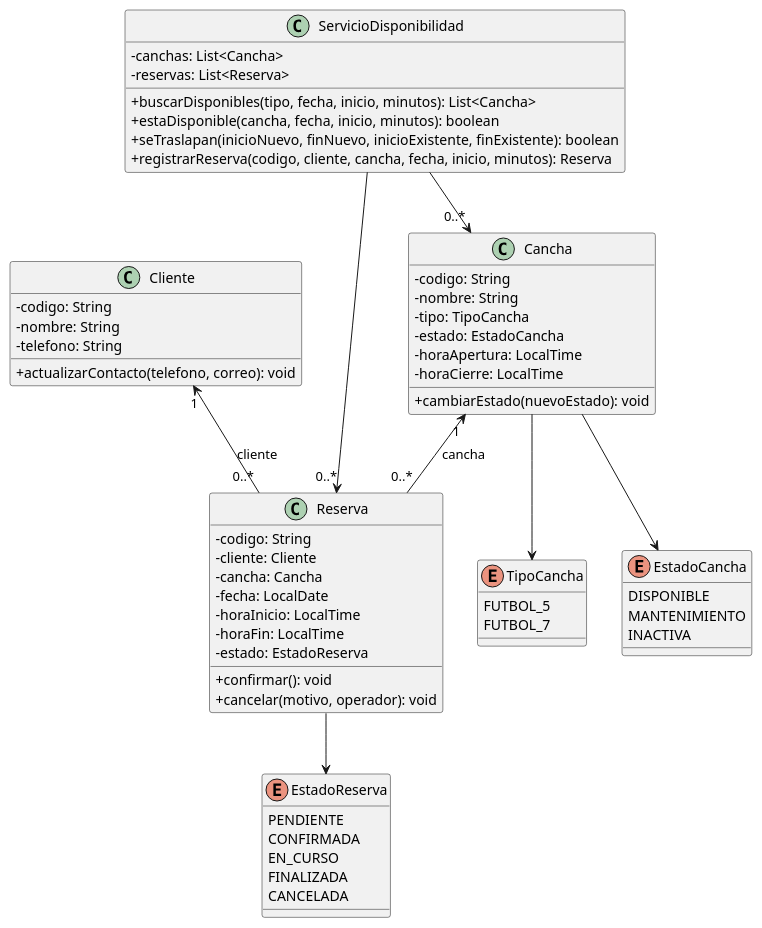
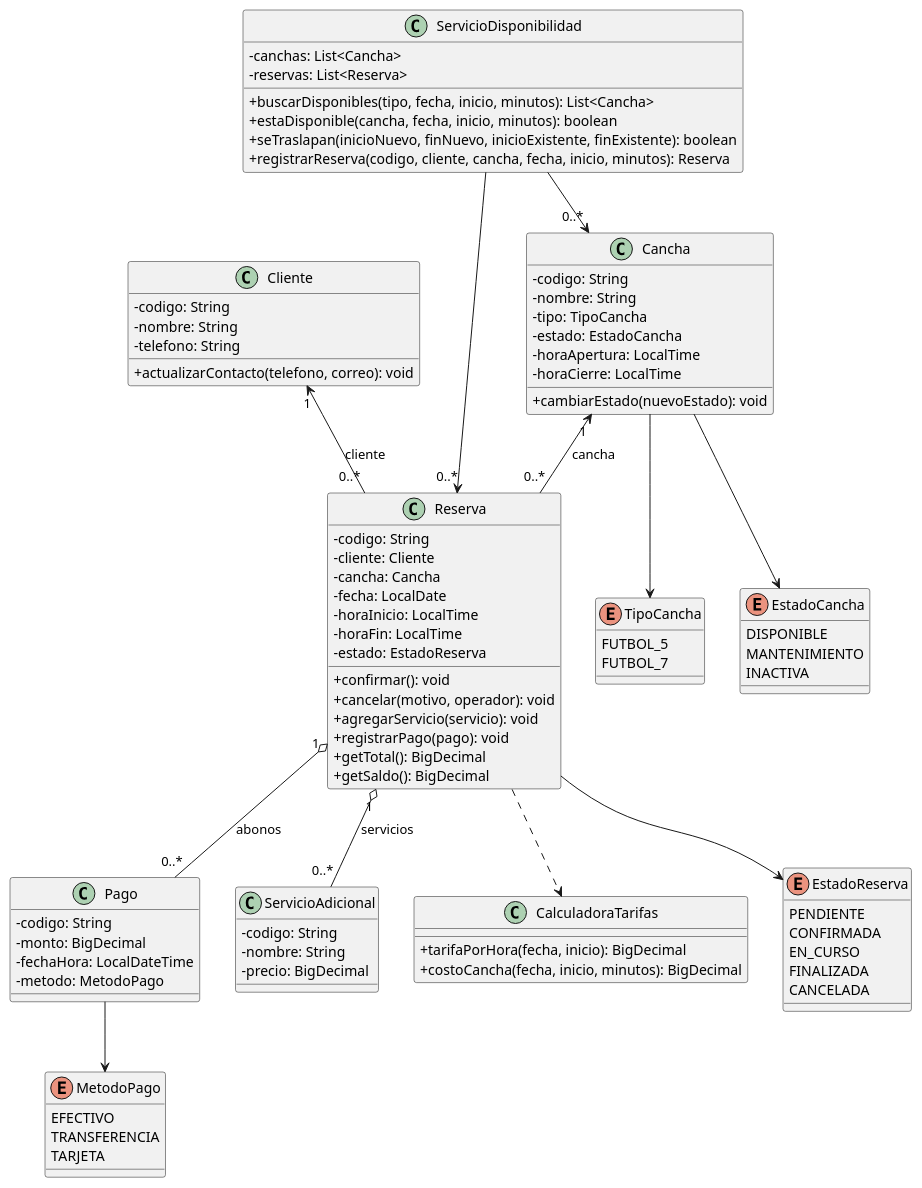
The diagram in diagrama_clases.puml (CacheJR/Proyecto-Programacion-II), drawn with PlantUML before and after one commit. The commit also changed 9 other files, not shown here.

Commit message:
Avance 04: tarifas, servicios adicionales y abonos

```diff
--- a/diagrama_clases.puml
+++ b/diagrama_clases.puml
@@ -1,60 +1,88 @@
 @startuml
 skinparam classAttributeIconSize 0
 class Cliente {
   - codigo: String
   - nombre: String
   - telefono: String
   + actualizarContacto(telefono, correo): void
 }
 class Cancha {
   - codigo: String
   - nombre: String
   - tipo: TipoCancha
   - estado: EstadoCancha
   - horaApertura: LocalTime
   - horaCierre: LocalTime
   + cambiarEstado(nuevoEstado): void
 }
 class Reserva {
   - codigo: String
   - cliente: Cliente
   - cancha: Cancha
   - fecha: LocalDate
   - horaInicio: LocalTime
   - horaFin: LocalTime
   - estado: EstadoReserva
   + confirmar(): void
   + cancelar(motivo, operador): void
+  + agregarServicio(servicio): void
+  + registrarPago(pago): void
+  + getTotal(): BigDecimal
+  + getSaldo(): BigDecimal
 }
+class Pago {
+  - codigo: String
+  - monto: BigDecimal
+  - fechaHora: LocalDateTime
+  - metodo: MetodoPago
+}
+class ServicioAdicional {
+  - codigo: String
+  - nombre: String
+  - precio: BigDecimal
+}
+class CalculadoraTarifas {
+  + tarifaPorHora(fecha, inicio): BigDecimal
+  + costoCancha(fecha, inicio, minutos): BigDecimal
+}
+enum MetodoPago {
+  EFECTIVO
+  TRANSFERENCIA
+  TARJETA
+}
+Pago --> MetodoPago
+Reserva ..> CalculadoraTarifas
 class ServicioDisponibilidad {
   - canchas: List<Cancha>
   - reservas: List<Reserva>
   + buscarDisponibles(tipo, fecha, inicio, minutos): List<Cancha>
   + estaDisponible(cancha, fecha, inicio, minutos): boolean
   + seTraslapan(inicioNuevo, finNuevo, inicioExistente, finExistente): boolean
   + registrarReserva(codigo, cliente, cancha, fecha, inicio, minutos): Reserva
 }
 enum EstadoCancha {
  DISPONIBLE
  MANTENIMIENTO
  INACTIVA
 }
 enum EstadoReserva {
  PENDIENTE
  CONFIRMADA
  EN_CURSO
  FINALIZADA
  CANCELADA
 }
 enum TipoCancha {
  FUTBOL_5
  FUTBOL_7
 }
 Cliente "1" <-- "0..*" Reserva : cliente
 Cancha "1" <-- "0..*" Reserva : cancha
 Cancha --> EstadoCancha
 Cancha --> TipoCancha
+Reserva "1" o-- "0..*" Pago : abonos
+Reserva "1" o-- "0..*" ServicioAdicional : servicios
 Reserva --> EstadoReserva
 ServicioDisponibilidad --> "0..*" Cancha
 ServicioDisponibilidad --> "0..*" Reserva
 @enduml
```
